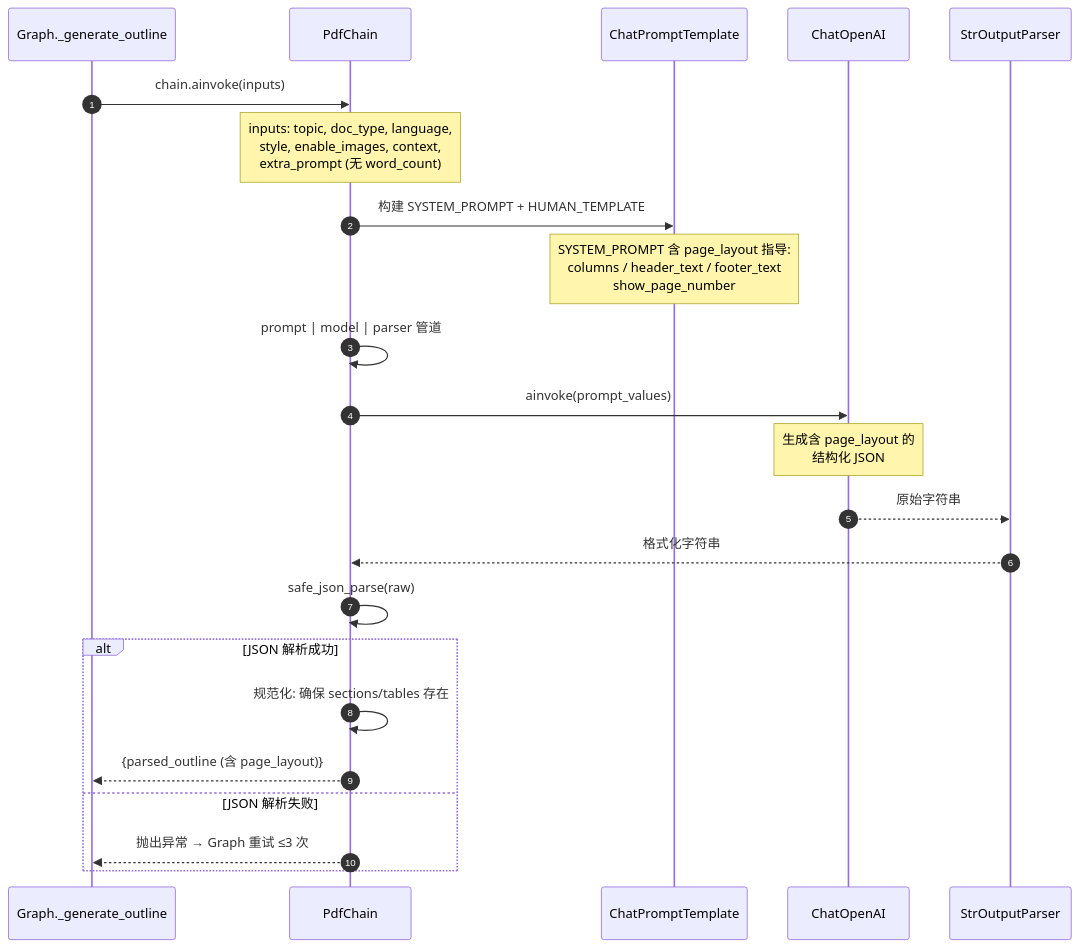
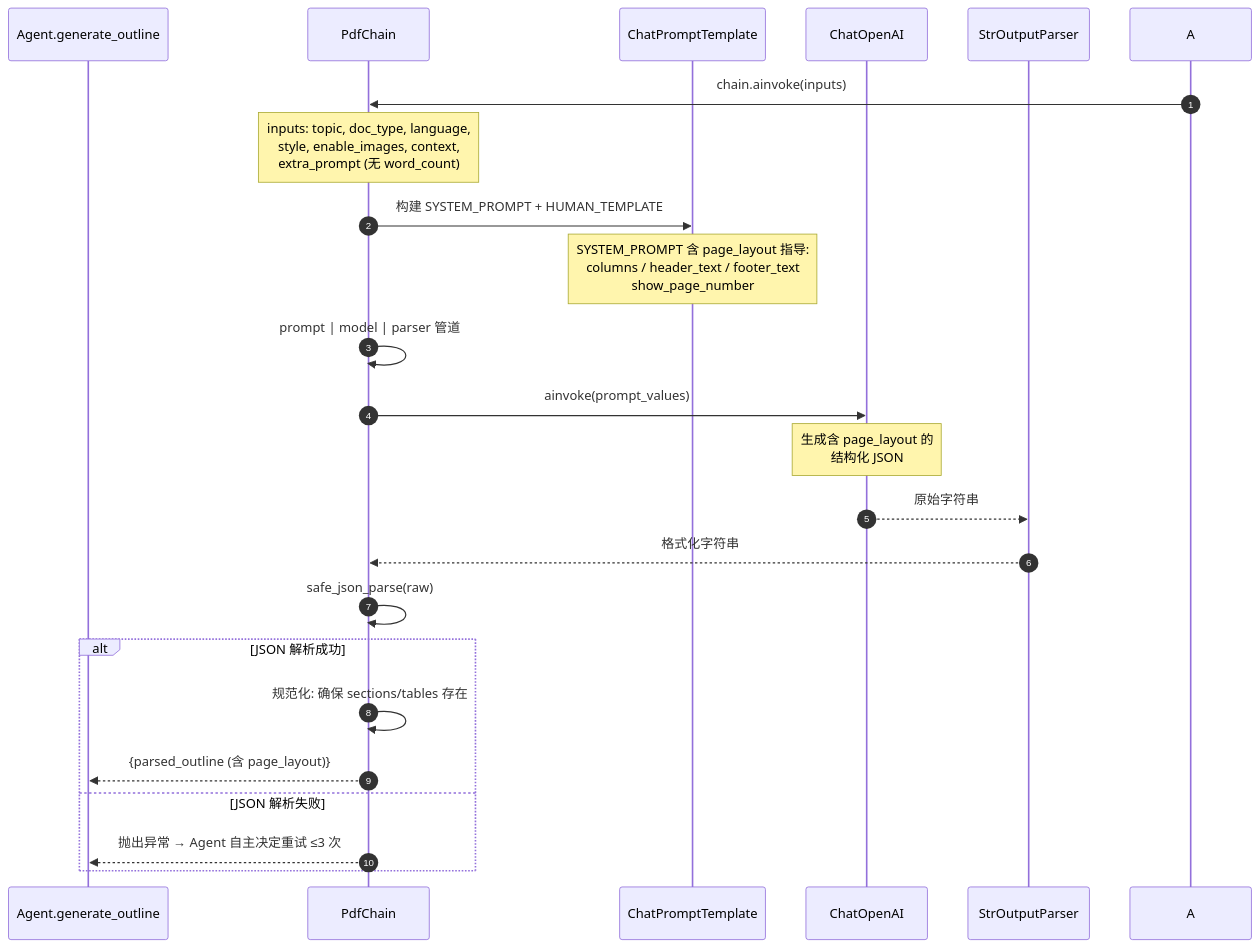
The first of 2 diagrams in doc/graph/PDF_GENERATION.md (ForeverGreenDam/BirdHelp-AI), drawn with Mermaid before and after one commit. The commit also changed other lines of this file and 10 other files, not shown here.

````diff
--- a/doc/graph/PDF_GENERATION.md
+++ b/doc/graph/PDF_GENERATION.md
@@ -66,31 +65,31 @@
 ```mermaid
 sequenceDiagram
     autonumber
-    participant G as Graph._generate_outline
+    participant G as Agent.generate_outline
     participant PC as PdfChain
     participant PT as ChatPromptTemplate
     participant LLM as ChatOpenAI
     participant P as StrOutputParser
 
-    G->>PC: chain.ainvoke(inputs)
+    A->>PC: chain.ainvoke(inputs)
     Note over PC: inputs: topic, doc_type, language,<br/>style, enable_images, context,<br/>extra_prompt (无 word_count)
 
     PC->>PT: 构建 SYSTEM_PROMPT + HUMAN_TEMPLATE
     Note over PT: SYSTEM_PROMPT 含 page_layout 指导:<br/>columns / header_text / footer_text<br/>show_page_number
 
     PC->>PC: prompt | model | parser 管道
 
     PC->>LLM: ainvoke(prompt_values)
     Note over LLM: 生成含 page_layout 的<br/>结构化 JSON
 
     LLM-->>P: 原始字符串
     P-->>PC: 格式化字符串
 
     PC->>PC: safe_json_parse(raw)
     alt JSON 解析成功
         PC->>PC: 规范化: 确保 sections/tables 存在
         PC-->>G: {parsed_outline (含 page_layout)}
     else JSON 解析失败
-        PC-->>G: 抛出异常 → Graph 重试 ≤3 次
+        PC-->>G: 抛出异常 → Agent 自主决定重试 ≤3 次
     end
 ```
````
